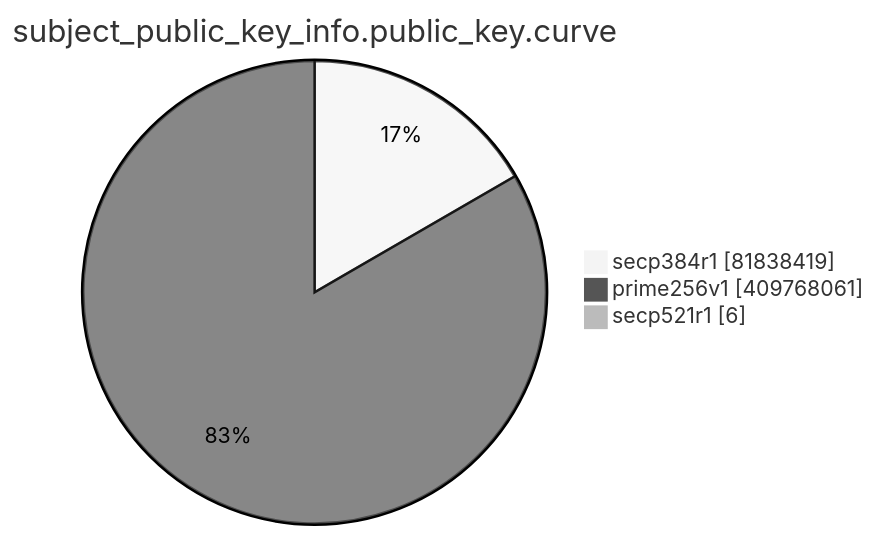
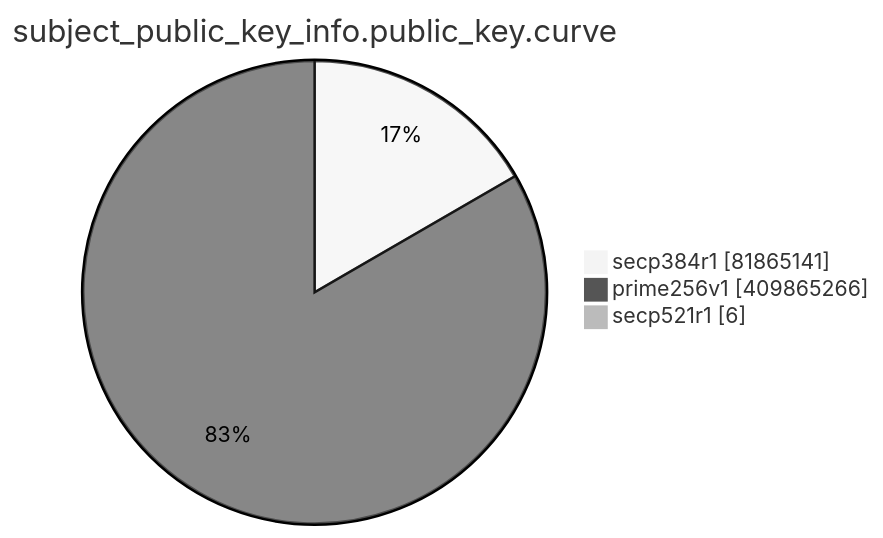
Before and after one commit to christiankrug/ctmonitor_visualization: the eighth of 15 diagrams in TOTAL/README.md, drawn with Mermaid (neutral theme). The commit also changed other lines of this file, not shown here.

````diff
--- a/TOTAL/README.md
+++ b/TOTAL/README.md
@@ -3096,7 +3096,7 @@
 ```mermaid
 pie showData
 title subject_public_key_info.public_key.curve
-"secp384r1" :81838419
-"prime256v1" :409768061
+"secp384r1" :81865141
+"prime256v1" :409865266
 "secp521r1" :6
 ```
````
